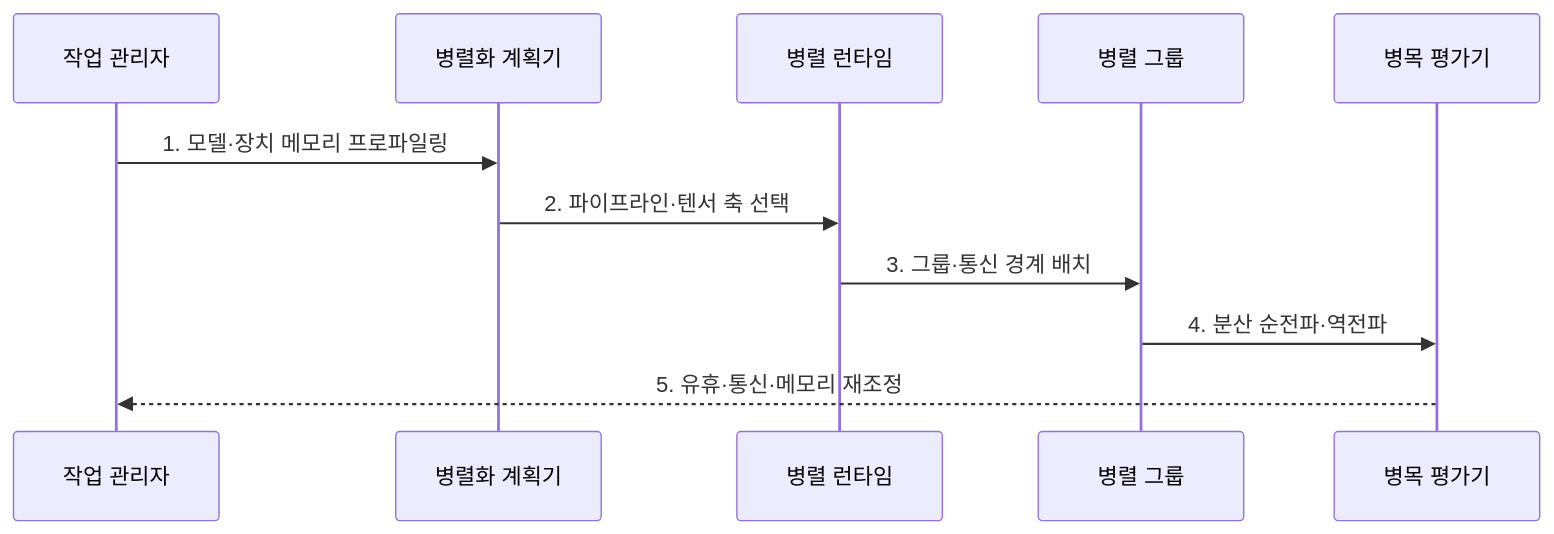
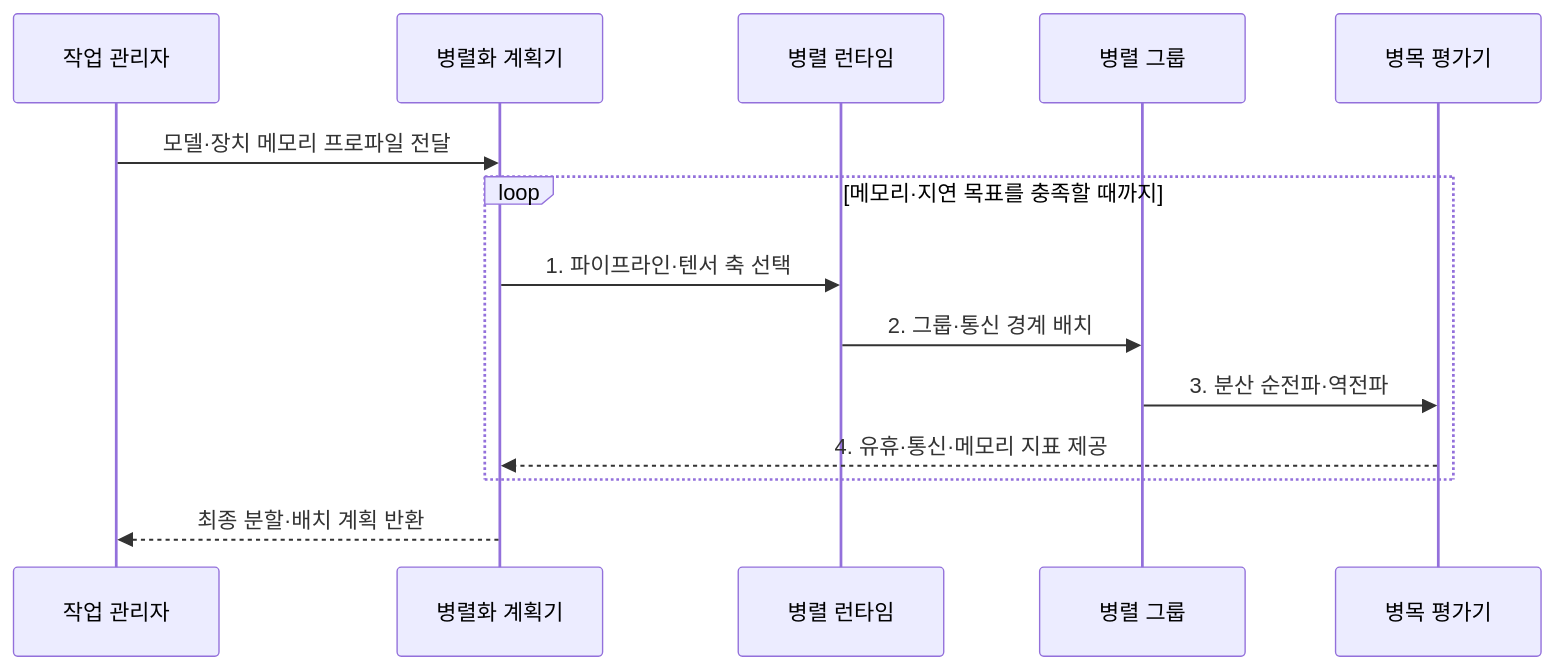
Before and after one commit to agnusdei1207/knowledge-base: the second of 2 diagrams in src/content/docs/notes/08-latest-tech/155_model_parallelism.md, drawn with Mermaid. The commit also changed other lines of this file and 225 other files, not shown here.

````diff
--- a/src/content/docs/notes/08-latest-tech/155_model_parallelism.md
+++ b/src/content/docs/notes/08-latest-tech/155_model_parallelism.md
@@ -78,13 +78,16 @@
 ```mermaid
 sequenceDiagram
     participant O as 작업 관리자
     participant P as 병렬화 계획기
     participant R as 병렬 런타임
     participant G as 병렬 그룹
     participant M as 병목 평가기
-    O->>P: 1. 모델·장치 메모리 프로파일링
-    P->>R: 2. 파이프라인·텐서 축 선택
-    R->>G: 3. 그룹·통신 경계 배치
-    G->>M: 4. 분산 순전파·역전파
-    M-->>O: 5. 유휴·통신·메모리 재조정
+    O->>P: 모델·장치 메모리 프로파일 전달
+    loop 메모리·지연 목표를 충족할 때까지
+        P->>R: 1. 파이프라인·텐서 축 선택
+        R->>G: 2. 그룹·통신 경계 배치
+        G->>M: 3. 분산 순전파·역전파
+        M-->>P: 4. 유휴·통신·메모리 지표 제공
+    end
+    P-->>O: 최종 분할·배치 계획 반환
 ```
````
